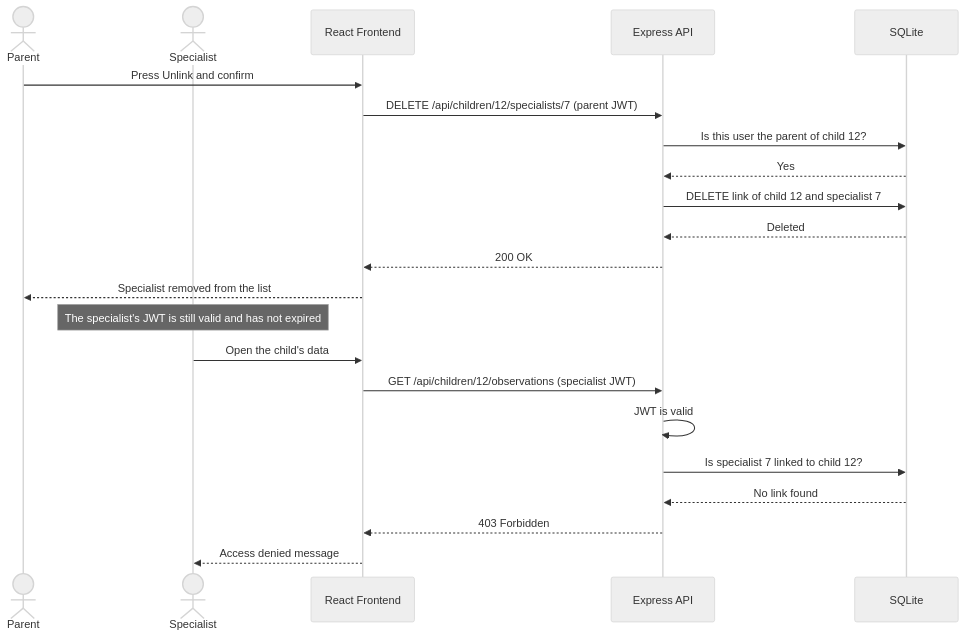
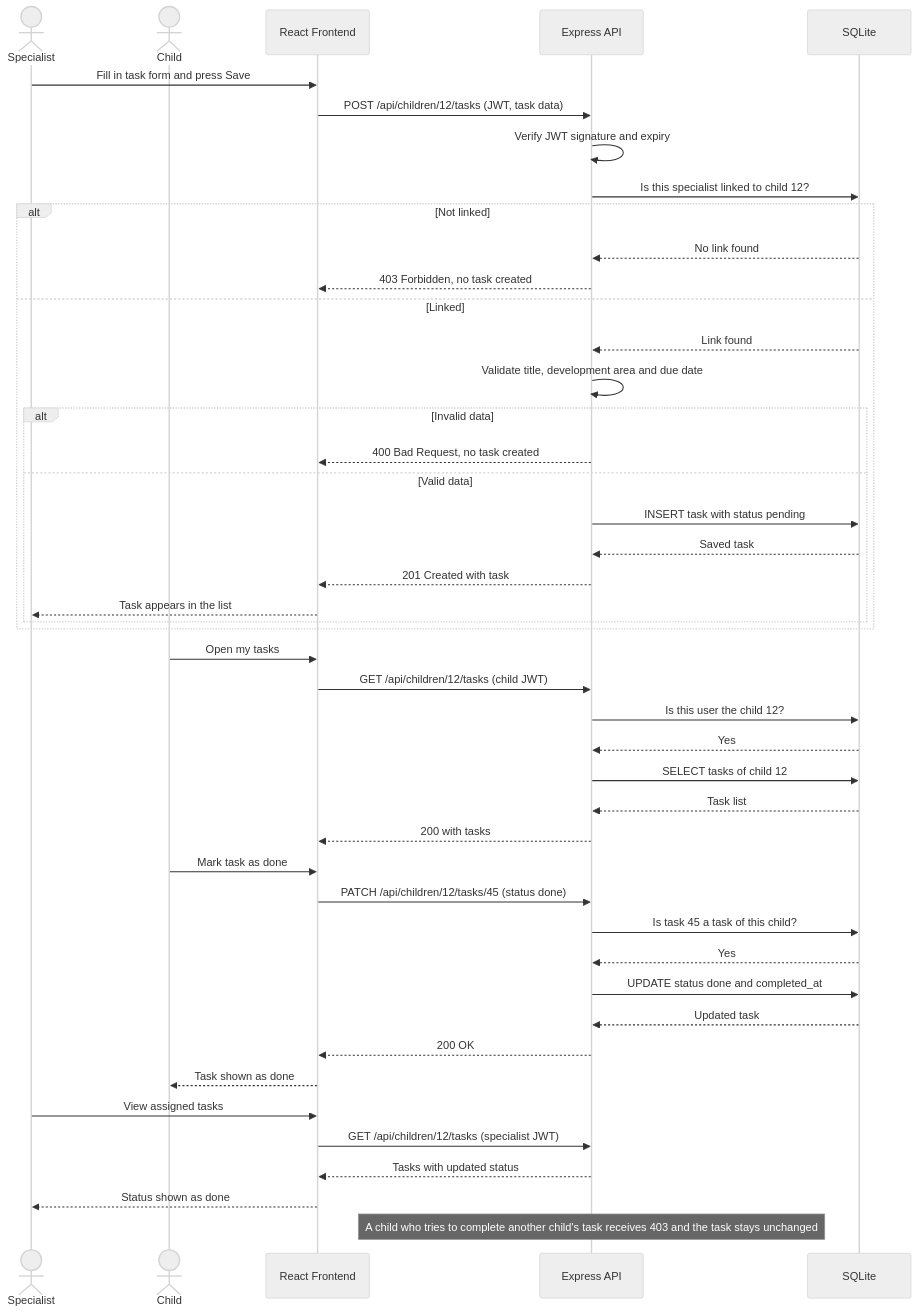
The third of 4 diagrams in SDD.md (NasserN11/child-development-app-group11), drawn with Mermaid (neutral theme) before and after one commit. The commit also changed other lines of this file, not shown here.

````diff
--- a/SDD.md
+++ b/SDD.md
@@ -322,27 +351,51 @@
 ```mermaid
 sequenceDiagram
-    actor Parent
     actor Specialist
+    actor Child
     participant FE as React Frontend
     participant API as Express API
     participant DB as SQLite
 
-    Parent->>FE: Press Unlink and confirm
-    FE->>API: DELETE /api/children/12/specialists/7 (parent JWT)
-    API->>DB: Is this user the parent of child 12?
+    Specialist->>FE: Fill in task form and press Save
+    FE->>API: POST /api/children/12/tasks (JWT, task data)
+    API->>API: Verify JWT signature and expiry
+    API->>DB: Is this specialist linked to child 12?
+    alt Not linked
+        DB-->>API: No link found
+        API-->>FE: 403 Forbidden, no task created
+    else Linked
+        DB-->>API: Link found
+        API->>API: Validate title, development area and due date
+        alt Invalid data
+            API-->>FE: 400 Bad Request, no task created
+        else Valid data
+            API->>DB: INSERT task with status pending
+            DB-->>API: Saved task
+            API-->>FE: 201 Created with task
+            FE-->>Specialist: Task appears in the list
+        end
+    end
+
+    Child->>FE: Open my tasks
+    FE->>API: GET /api/children/12/tasks (child JWT)
+    API->>DB: Is this user the child 12?
     DB-->>API: Yes
-    API->>DB: DELETE link of child 12 and specialist 7
-    DB-->>API: Deleted
+    API->>DB: SELECT tasks of child 12
+    DB-->>API: Task list
+    API-->>FE: 200 with tasks
+    Child->>FE: Mark task as done
+    FE->>API: PATCH /api/children/12/tasks/45 (status done)
+    API->>DB: Is task 45 a task of this child?
+    DB-->>API: Yes
+    API->>DB: UPDATE status done and completed_at
+    DB-->>API: Updated task
     API-->>FE: 200 OK
-    FE-->>Parent: Specialist removed from the list
+    FE-->>Child: Task shown as done
 
-    Note over Specialist: The specialist's JWT is still valid and has not expired
+    Specialist->>FE: View assigned tasks
+    FE->>API: GET /api/children/12/tasks (specialist JWT)
+    API-->>FE: Tasks with updated status
+    FE-->>Specialist: Status shown as done
 
-    Specialist->>FE: Open the child's data
-    FE->>API: GET /api/children/12/observations (specialist JWT)
-    API->>API: JWT is valid
-    API->>DB: Is specialist 7 linked to child 12?
-    DB-->>API: No link found
-    API-->>FE: 403 Forbidden
-    FE-->>Specialist: Access denied message
+    Note over API: A child who tries to complete another child's task receives 403 and the task stays unchanged
 ```
````
